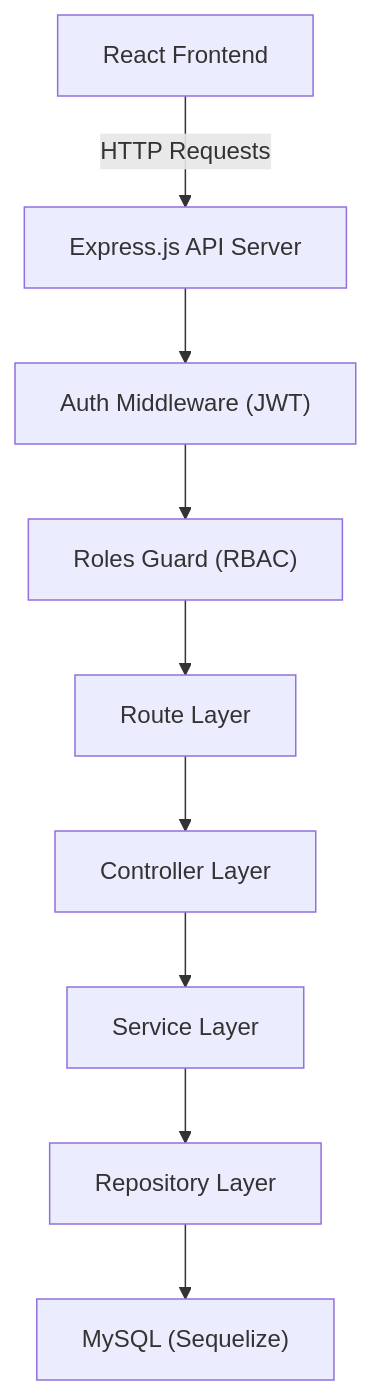
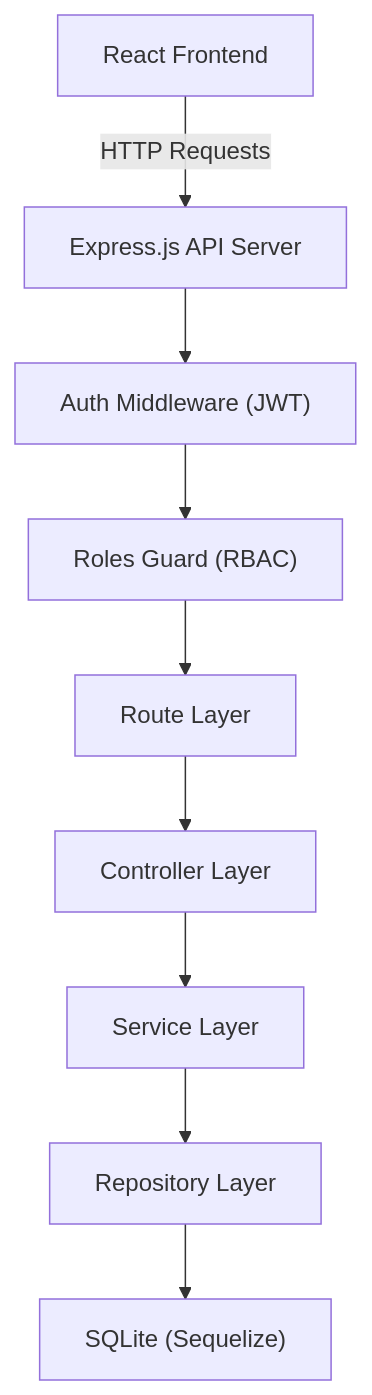
One commit to amulyamandala/odoo-hackseye-hackathon changed the first of 5 diagrams in backend/SYSTEM_DESIGN.md. Above: the diagram before and after it, drawn with Mermaid. The commit also changed other lines of this file and 3 other files, not shown here.

Commit message:
chore(db): switch from MySQL to SQLite for zero-config hackathon setup

````diff
--- a/backend/SYSTEM_DESIGN.md
+++ b/backend/SYSTEM_DESIGN.md
@@ -11,21 +11,21 @@
 ```mermaid
 graph TB
     Client["React Frontend"]
     API["Express.js API Server"]
     Auth["Auth Middleware (JWT)"]
     RBAC["Roles Guard (RBAC)"]
     Routes["Route Layer"]
     Controllers["Controller Layer"]
     Services["Service Layer"]
     Repos["Repository Layer"]
-    DB["MySQL (Sequelize)"]
+    DB["SQLite (Sequelize)"]
 
     Client -->|HTTP Requests| API
     API --> Auth
     Auth --> RBAC
     RBAC --> Routes
     Routes --> Controllers
     Controllers --> Services
     Services --> Repos
     Repos --> DB
 ```
````
